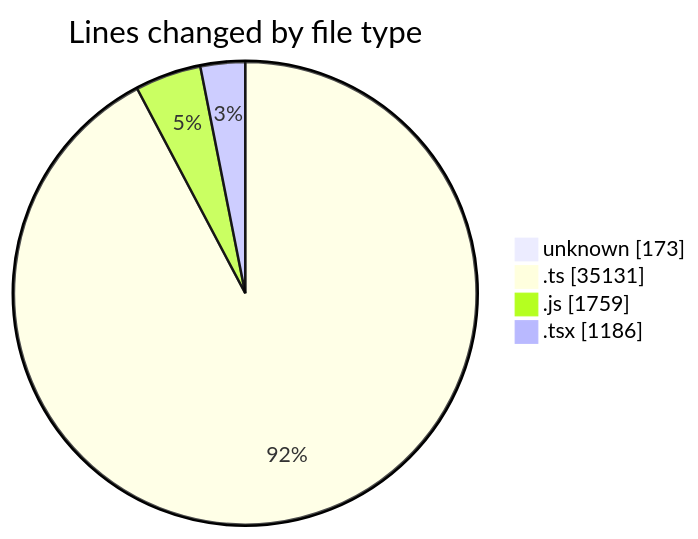
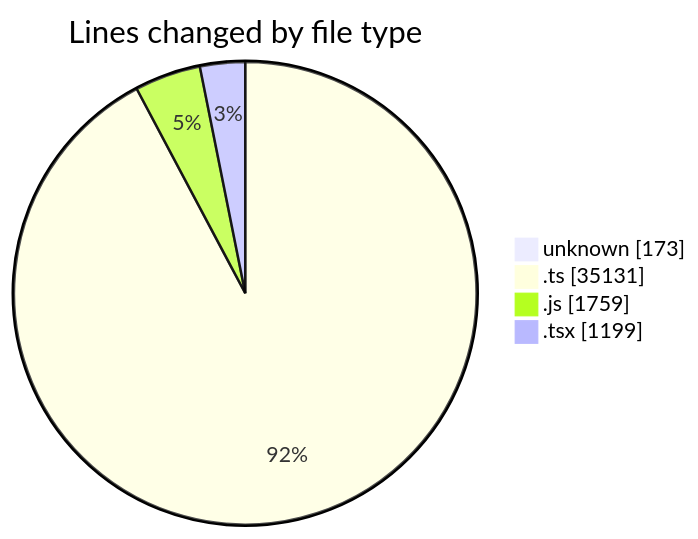
One commit to momahboobian/code-tracking changed the first of 2 diagrams in 2026-08-24/cda/README.md. Above: the diagram before and after it, drawn with Mermaid. The commit also changed other lines of this file and 1 other file, not shown here.

````diff
--- a/2026-08-24/cda/README.md
+++ b/2026-08-24/cda/README.md
@@ -42,8 +42,8 @@
 ```mermaid
 pie showData
 title Lines changed by file type
 "unknown" : 173
 ".ts" : 35131
 ".js" : 1759
-".tsx" : 1186
+".tsx" : 1199
 ```
````
